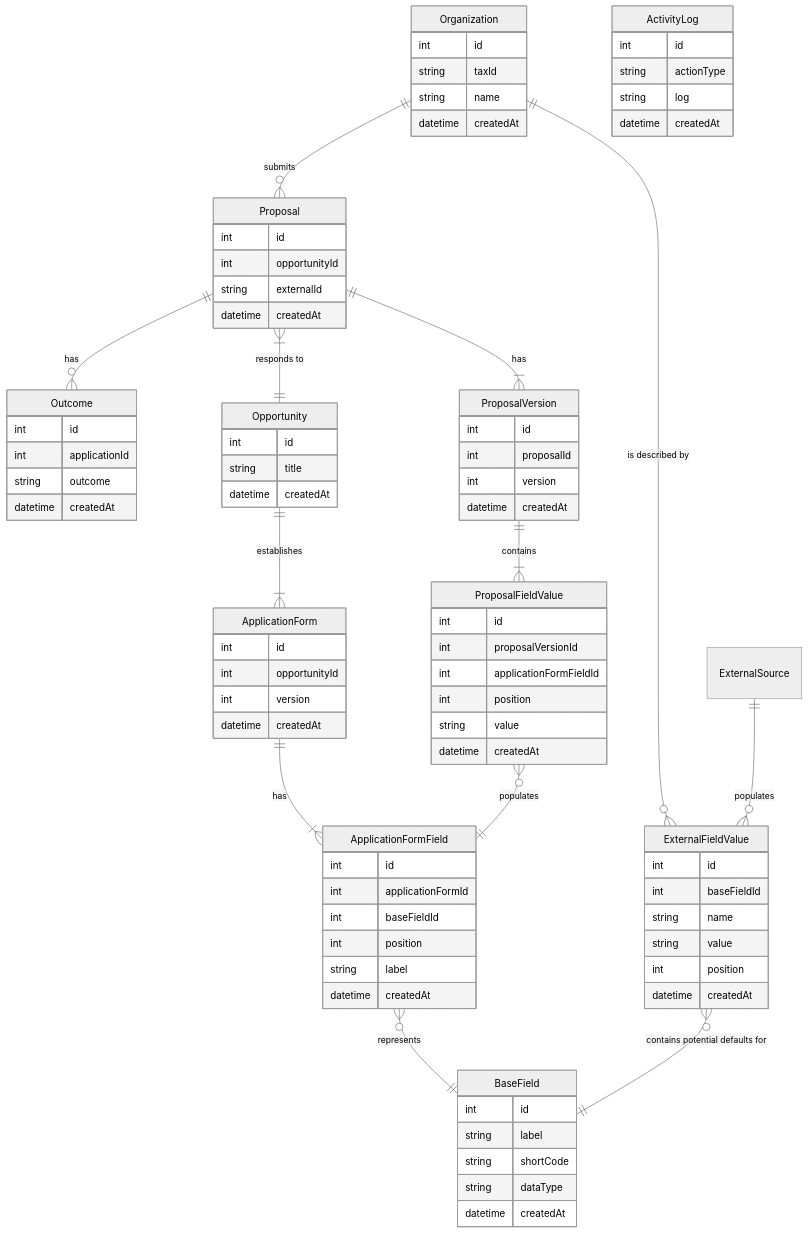
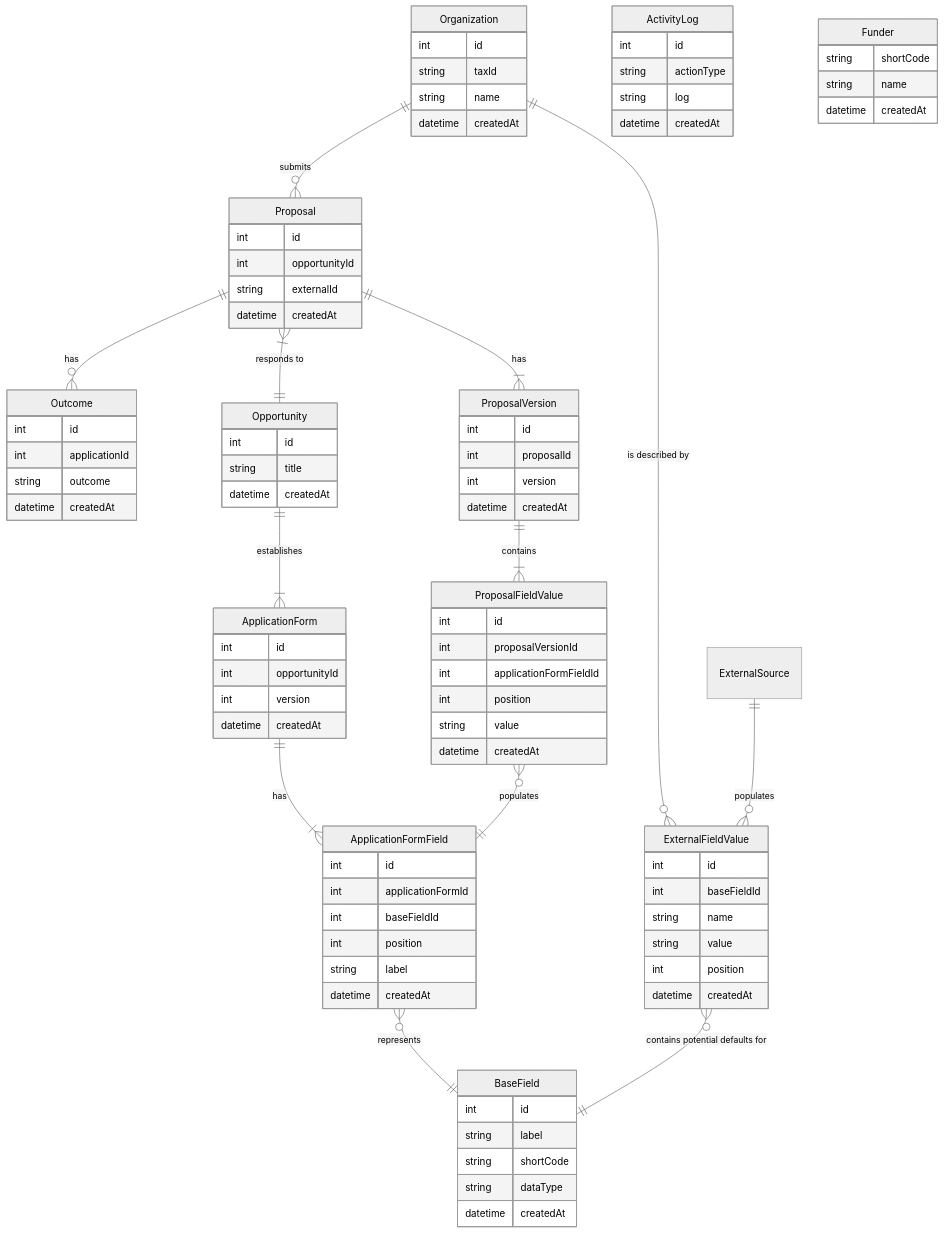
One commit to PhilanthropyDataCommons/service changed the first of 4 diagrams in docs/ENTITY_RELATIONSHIP_DIAGRAM.md. Above: the diagram before and after it, drawn with Mermaid (neutral theme). The commit also changed 18 other files, not shown here.

```diff
--- a/docs/ENTITY_RELATIONSHIP_DIAGRAM.md
+++ b/docs/ENTITY_RELATIONSHIP_DIAGRAM.md
@@ -76,6 +76,11 @@
     string log
     datetime createdAt
   }
+  Funder {
+    string shortCode
+    string name
+    datetime createdAt
+  }
 
   Organization ||--o{ Proposal : submits
   Proposal }|--|| Opportunity : "responds to"
```
